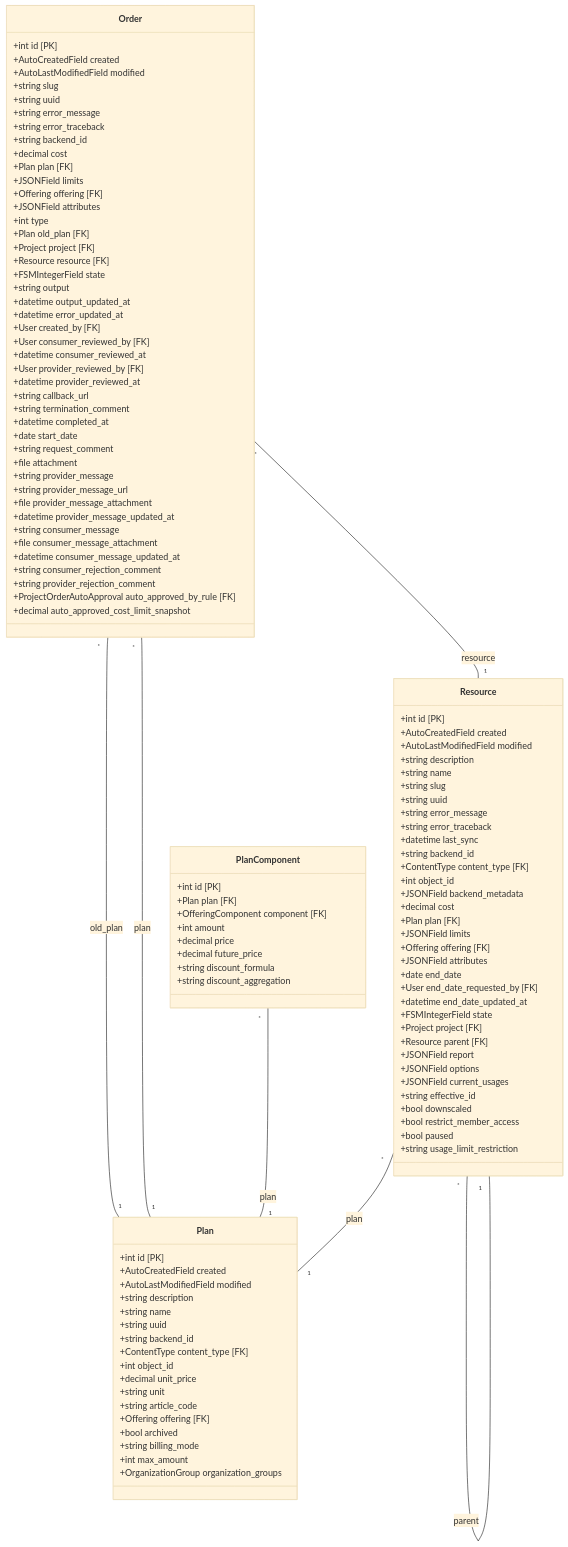
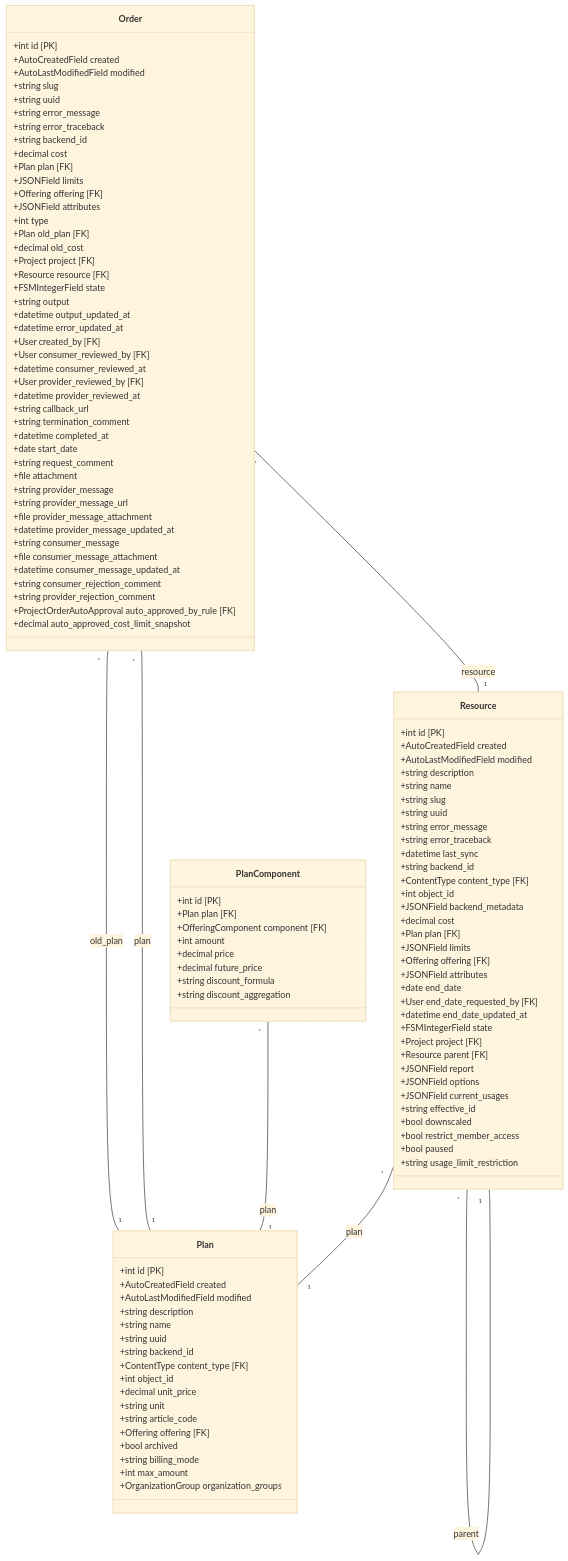
The diagram in docs/developer-guide/marketplace_provision.mmd (waldur/waldur-docs), drawn with Mermaid (base theme) before and after one commit. The commit also changed 39 other files, not shown here.

```diff
--- a/docs/developer-guide/marketplace_provision.mmd
+++ b/docs/developer-guide/marketplace_provision.mmd
@@ -1,117 +1,118 @@
 classDiagram
     direction TB
     class Plan {
         +int id [PK]
         +AutoCreatedField created
         +AutoLastModifiedField modified
         +string description
         +string name
         +string uuid
         +string backend_id
         +ContentType content_type [FK]
         +int object_id
         +decimal unit_price
         +string unit
         +string article_code
         +Offering offering [FK]
         +bool archived
         +string billing_mode
         +int max_amount
         +OrganizationGroup organization_groups
     }
     class PlanComponent {
         +int id [PK]
         +Plan plan [FK]
         +OfferingComponent component [FK]
         +int amount
         +decimal price
         +decimal future_price
         +string discount_formula
         +string discount_aggregation
     }
     class Resource {
         +int id [PK]
         +AutoCreatedField created
         +AutoLastModifiedField modified
         +string description
         +string name
         +string slug
         +string uuid
         +string error_message
         +string error_traceback
         +datetime last_sync
         +string backend_id
         +ContentType content_type [FK]
         +int object_id
         +JSONField backend_metadata
         +decimal cost
         +Plan plan [FK]
         +JSONField limits
         +Offering offering [FK]
         +JSONField attributes
         +date end_date
         +User end_date_requested_by [FK]
         +datetime end_date_updated_at
         +FSMIntegerField state
         +Project project [FK]
         +Resource parent [FK]
         +JSONField report
         +JSONField options
         +JSONField current_usages
         +string effective_id
         +bool downscaled
         +bool restrict_member_access
         +bool paused
         +string usage_limit_restriction
     }
     class Order {
         +int id [PK]
         +AutoCreatedField created
         +AutoLastModifiedField modified
         +string slug
         +string uuid
         +string error_message
         +string error_traceback
         +string backend_id
         +decimal cost
         +Plan plan [FK]
         +JSONField limits
         +Offering offering [FK]
         +JSONField attributes
         +int type
         +Plan old_plan [FK]
+        +decimal old_cost
         +Project project [FK]
         +Resource resource [FK]
         +FSMIntegerField state
         +string output
         +datetime output_updated_at
         +datetime error_updated_at
         +User created_by [FK]
         +User consumer_reviewed_by [FK]
         +datetime consumer_reviewed_at
         +User provider_reviewed_by [FK]
         +datetime provider_reviewed_at
         +string callback_url
         +string termination_comment
         +datetime completed_at
         +date start_date
         +string request_comment
         +file attachment
         +string provider_message
         +string provider_message_url
         +file provider_message_attachment
         +datetime provider_message_updated_at
         +string consumer_message
         +file consumer_message_attachment
         +datetime consumer_message_updated_at
         +string consumer_rejection_comment
         +string provider_rejection_comment
         +ProjectOrderAutoApproval auto_approved_by_rule [FK]
         +decimal auto_approved_cost_limit_snapshot
     }
     Order "*" -- "1" Plan : old_plan
     Order "*" -- "1" Plan : plan
     Order "*" -- "1" Resource : resource
     PlanComponent "*" -- "1" Plan : plan
     Resource "*" -- "1" Plan : plan
     Resource "*" -- "1" Resource : parent
```
